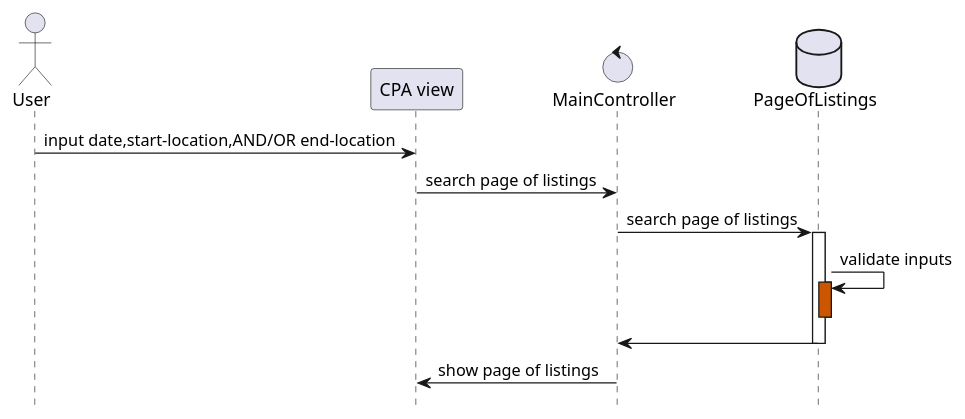
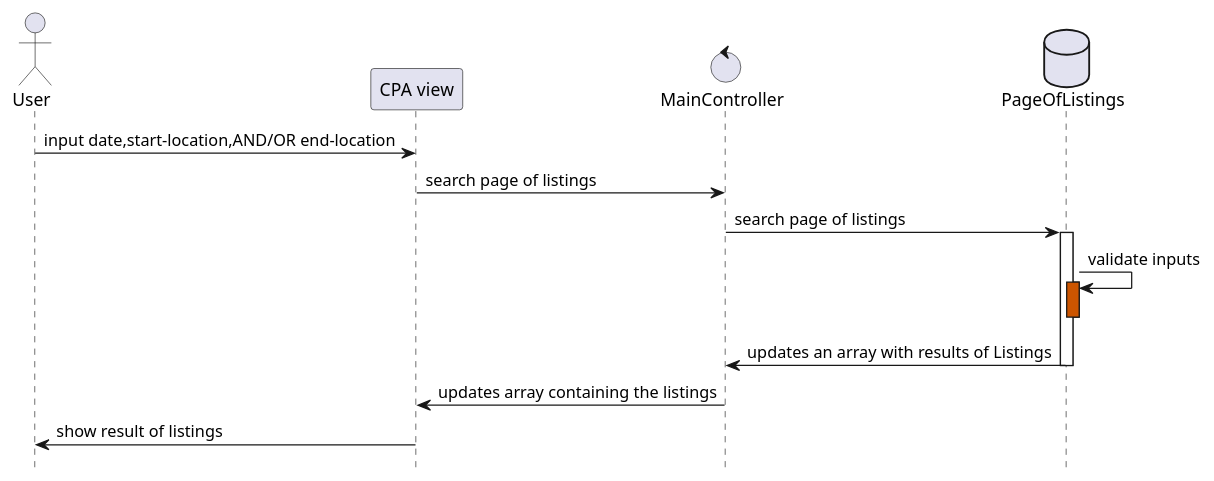
The fourth of 5 diagrams in doc/design.md (PriyaMulla/Carpool-Connect-VC), drawn with PlantUML before and after one commit. The commit also changed other lines of this file, not shown here.

Commit message:
Edited sequence diagrams

````diff
--- a/doc/design.md
+++ b/doc/design.md
@@ -125,29 +127,30 @@
 ```plantuml
 @startuml
 hide footbox
 
 'ACTORS
 actor "User" as user
 participant "CPA view" as system
 control "MainController" as controller
 database "PageOfListings" as ldatabase
 
 'ACTIONS
 user -> system : input date,start-location,AND/OR end-location 
 system -> controller : search page of listings
 controller -> ldatabase : search page of listings
 
 
 activate ldatabase
 
 ldatabase -> ldatabase : validate inputs
 activate ldatabase #CC5500
 
 deactivate ldatabase
-ldatabase -> controller
+ldatabase -> controller : updates an array with results of Listings
 deactivate ldatabase
 
-controller -> system : show page of listings
+controller -> system : updates array containing the listings
+system -> user : show result of listings
 
 @enduml
 ```
````
